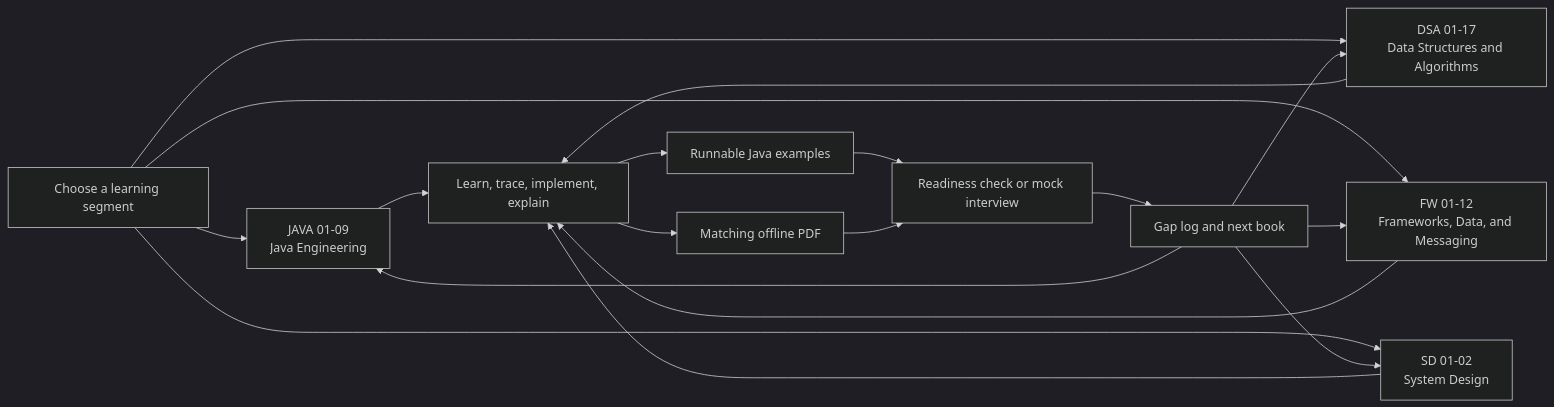
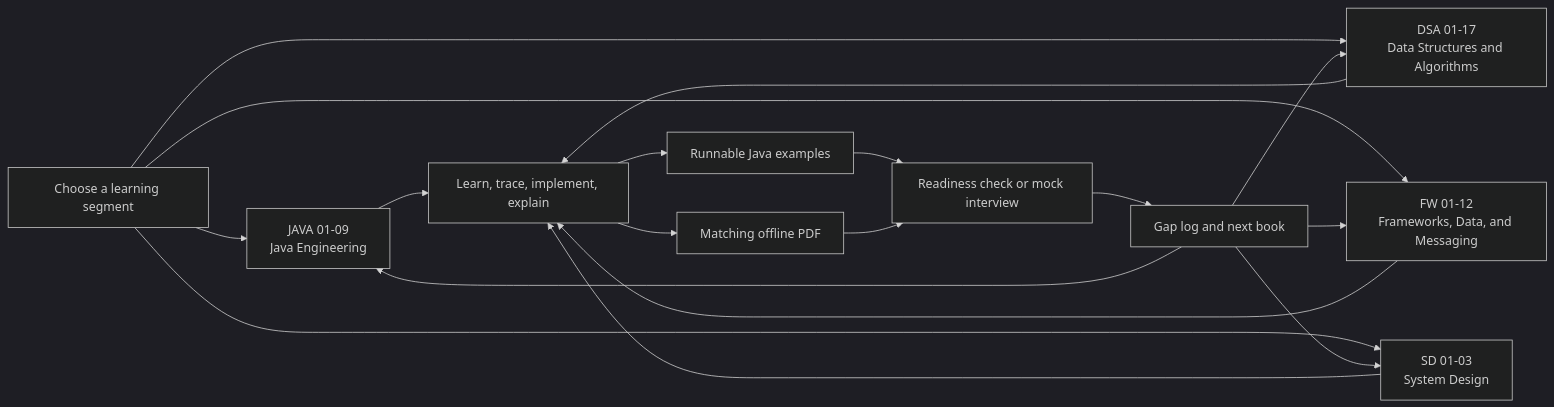
The diagram in README.md (vinayreddykalluri/SDE2-Interview-Handbook), drawn with Mermaid (dark theme) before and after one commit. The commit also changed other lines of this file and 15 other files, not shown here.

````diff
--- a/README.md
+++ b/README.md
@@ -32,20 +32,20 @@
 ```mermaid
 flowchart LR
     Start["Choose a learning segment"] --> Java["JAVA 01-09<br/>Java Engineering"]
     Start --> DSA["DSA 01-17<br/>Data Structures and Algorithms"]
     Start --> Frameworks["FW 01-12<br/>Frameworks, Data, and Messaging"]
-    Start --> Design["SD 01-02<br/>System Design"]
+    Start --> Design["SD 01-03<br/>System Design"]
     Java --> Practice["Learn, trace, implement, explain"]
     DSA --> Practice
     Frameworks --> Practice
     Design --> Practice
     Practice --> Code["Runnable Java examples"]
     Practice --> PDF["Matching offline PDF"]
     Code --> Mock["Readiness check or mock interview"]
     PDF --> Mock
     Mock --> Review["Gap log and next book"]
     Review --> Java
     Review --> DSA
     Review --> Frameworks
     Review --> Design
 ```
````
